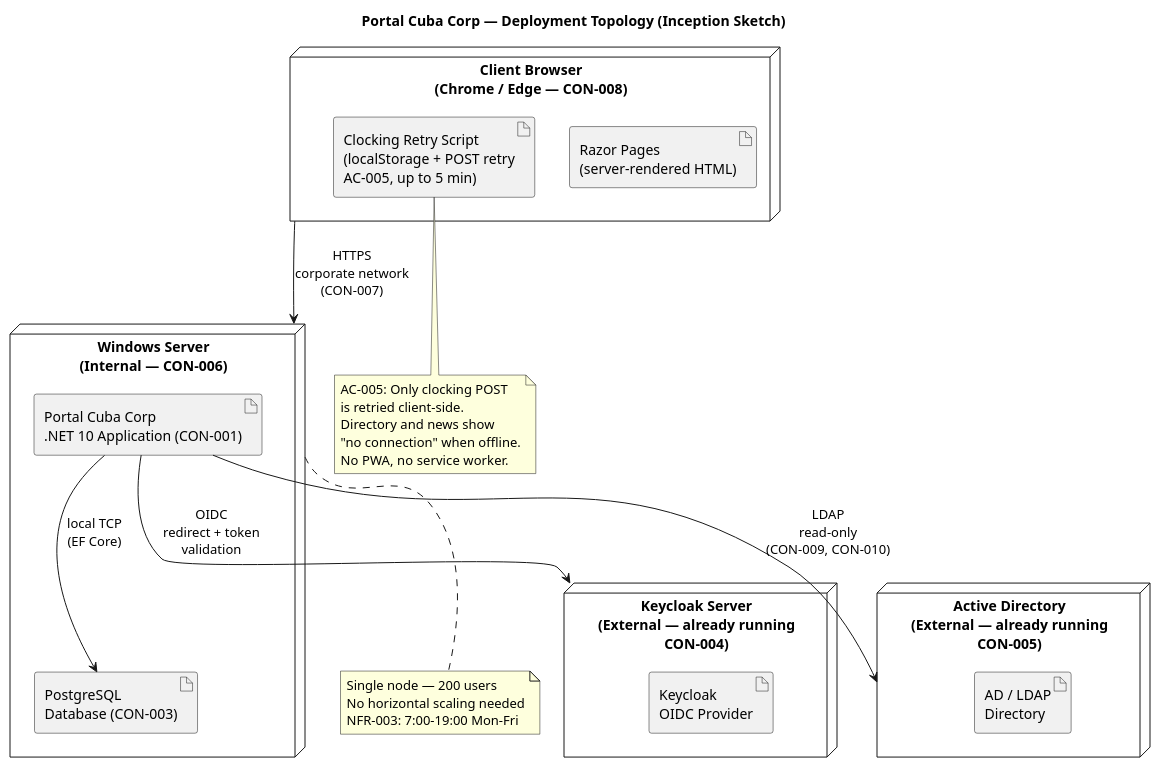
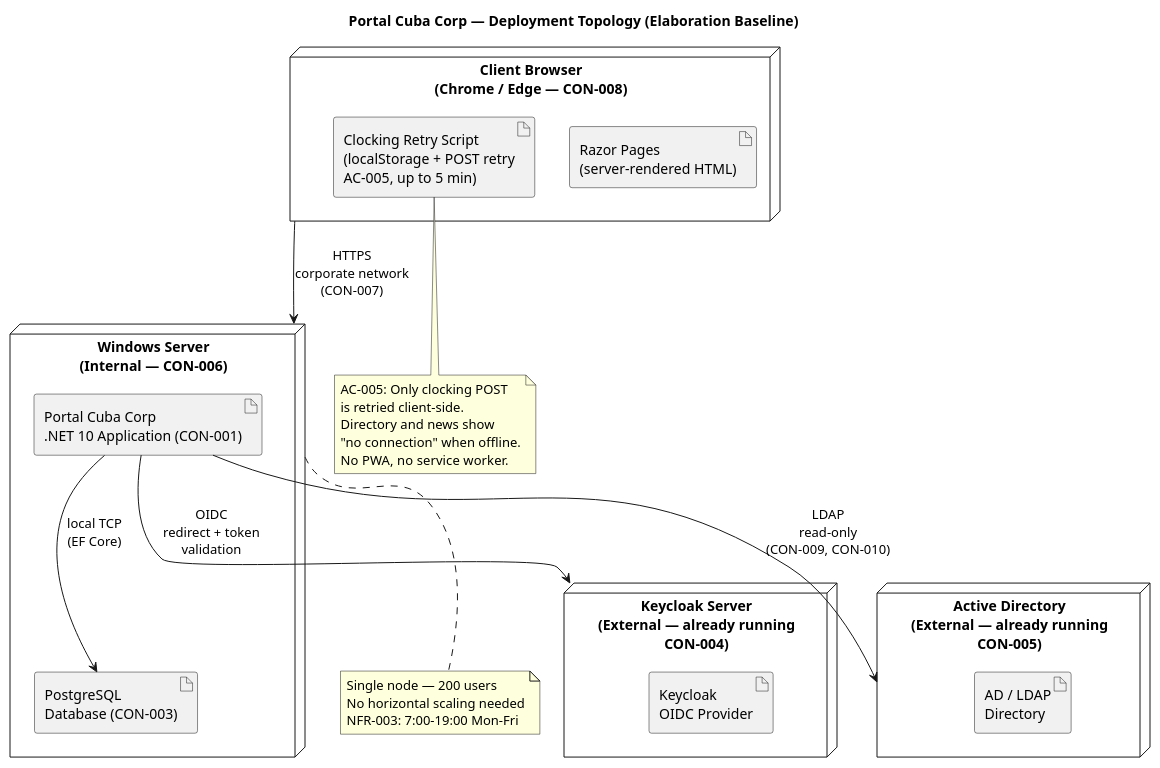
The seventh of 8 diagrams in docs/artifacts/analysis---design/software-architecture-document.md (banense-test/portal-cuba-corp), drawn with PlantUML before and after one commit. The commit also changed other lines of this file, not shown here.

First line of the commit message:
Software Architect [E1]: upsert Software Architecture Document

````diff
--- a/docs/artifacts/analysis---design/software-architecture-document.md
+++ b/docs/artifacts/analysis---design/software-architecture-document.md
@@ -204,43 +547,43 @@
 ```plantuml
 @startuml
-title Portal Cuba Corp — Deployment Topology (Inception Sketch)
+title Portal Cuba Corp — Deployment Topology (Elaboration Baseline)
 
 node "Client Browser\n(Chrome / Edge — CON-008)" as CLIENT {
   artifact "Razor Pages\n(server-rendered HTML)" as RP
   artifact "Clocking Retry Script\n(localStorage + POST retry\nAC-005, up to 5 min)" as JS
 }
 
 node "Windows Server\n(Internal — CON-006)" as WINSERV {
   artifact "Portal Cuba Corp\n.NET 10 Application (CON-001)" as APP
   artifact "PostgreSQL\nDatabase (CON-003)" as DB
 }
 
 node "Keycloak Server\n(External — already running\nCON-004)" as KCSERV {
   artifact "Keycloak\nOIDC Provider" as KC
 }
 
 node "Active Directory\n(External — already running\nCON-005)" as ADSERV {
   artifact "AD / LDAP\nDirectory" as AD
 }
 
 CLIENT --> WINSERV : HTTPS\ncorporate network\n(CON-007)
 APP --> KCSERV : OIDC\nredirect + token\nvalidation
 APP --> ADSERV : LDAP\nread-only\n(CON-009, CON-010)
 APP --> DB : local TCP\n(EF Core)
 
 note bottom of WINSERV
   Single node — 200 users
   No horizontal scaling needed
   NFR-003: 7:00-19:00 Mon-Fri
 end note
 
 note bottom of JS
   AC-005: Only clocking POST
   is retried client-side.
   Directory and news show
   "no connection" when offline.
   No PWA, no service worker.
 end note
 
 @enduml
 ```
````
